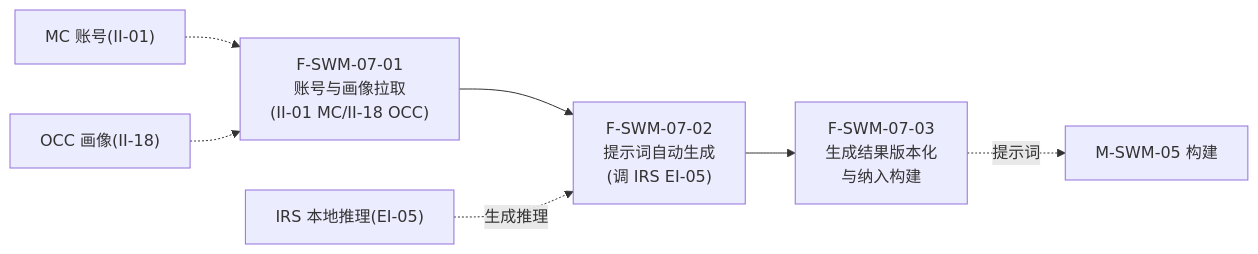
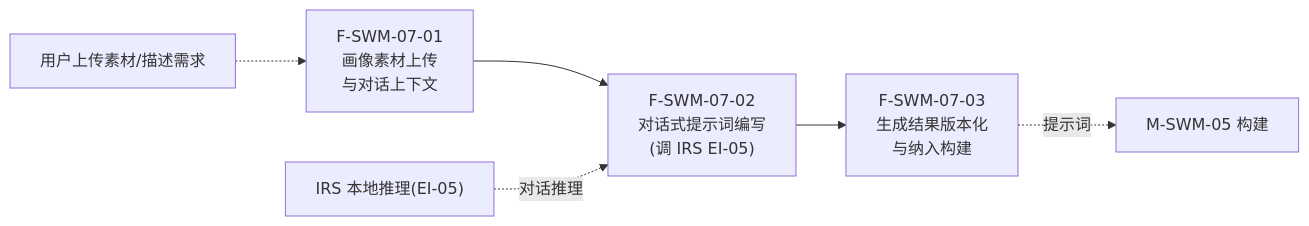
One commit to Sj-g/obsidian changed diagram 28 of 49 in 公司项目/认知作战/文档/软件概要设计-架构图.md. Above: the diagram before and after it, drawn with Mermaid. The commit also changed other lines of this file and 9 other files, not shown here.

````diff
--- a/公司项目/认知作战/文档/软件概要设计-架构图.md
+++ b/公司项目/认知作战/文档/软件概要设计-架构图.md
@@ -556,12 +554,11 @@
 ```mermaid
 flowchart LR
-    F0701["F-SWM-07-01<br/>账号与画像拉取<br/>(II-01 MC/II-18 OCC)"]
-    F0702["F-SWM-07-02<br/>提示词自动生成<br/>(调 IRS EI-05)"]
+    F0701["F-SWM-07-01<br/>画像素材上传<br/>与对话上下文"]
+    F0702["F-SWM-07-02<br/>对话式提示词编写<br/>(调 IRS EI-05)"]
     F0703["F-SWM-07-03<br/>生成结果版本化<br/>与纳入构建"]
 
     F0701 --> F0702 --> F0703
-    MC["MC 账号(II-01)"] -.-> F0701
-    OCC["OCC 画像(II-18)"] -.-> F0701
-    IRS["IRS 本地推理(EI-05)"] -.->|"生成推理"| F0702
+    USER["用户上传素材/描述需求"] -.-> F0701
+    IRS["IRS 本地推理(EI-05)"] -.->|"对话推理"| F0702
     F0703 -.->|"提示词"| EXT["M-SWM-05 构建"]
 ```
````
